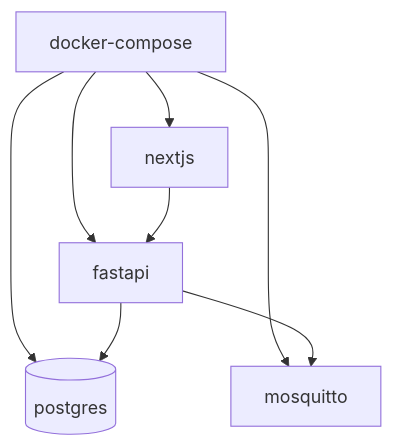
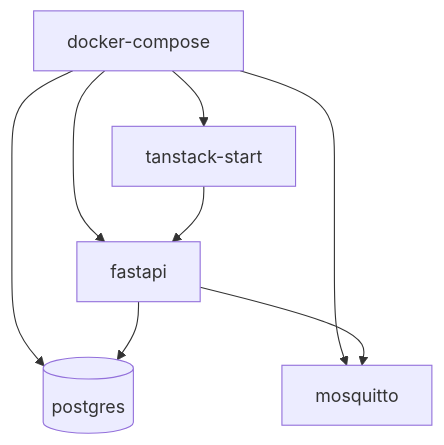
Before and after one commit to Luciano0322/fleet_management_system: the fourth of 4 diagrams in docs/rfc-fms-design_zhTW.md, drawn with Mermaid. The commit also changed other lines of this file and 1 other file, not shown here.

````diff
--- a/docs/rfc-fms-design_zhTW.md
+++ b/docs/rfc-fms-design_zhTW.md
@@ -387,11 +409,11 @@
 ```mermaid
 flowchart TD
     compose[docker-compose] --> postgres[(postgres)]
     compose --> mqtt[mosquitto]
     compose --> backend[fastapi]
-    compose --> web[nextjs]
+    compose --> web[tanstack-start]
 
     backend --> postgres
     backend --> mqtt
     web --> backend
 ```
````
